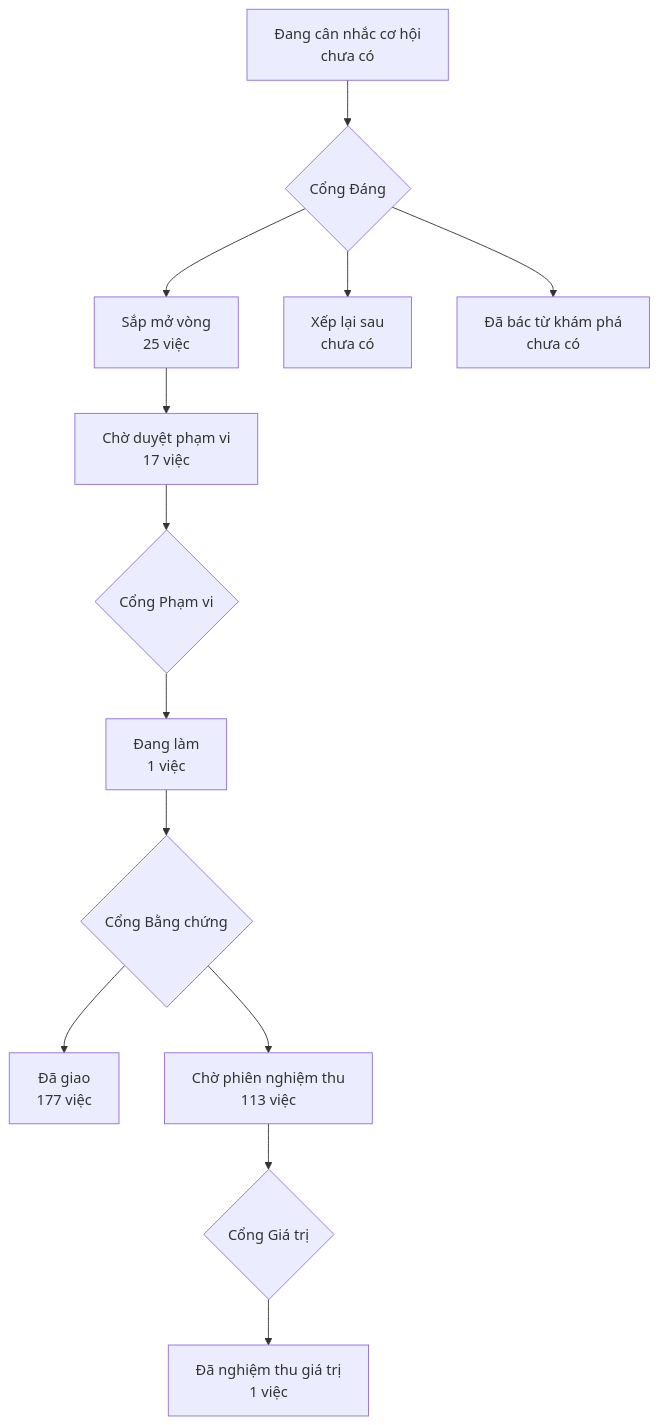
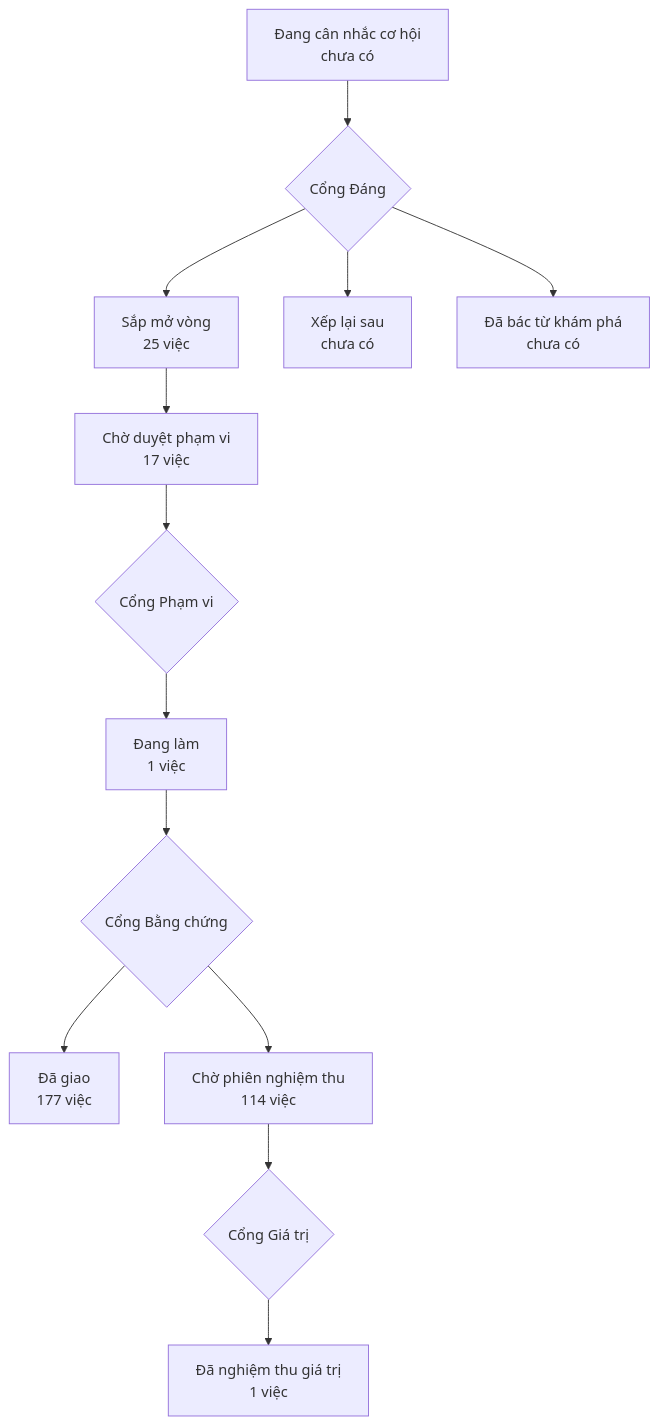
The diagram in PRODUCT-MAP.md (phanlemanh/onehub-invest), drawn with Mermaid before and after one commit. The commit also changed other lines of this file and 1 other file, not shown here.

Commit message:
chore(acceptance): sinh lại PRODUCT-MAP và LO-TRINH sau khi gộp main

````diff
--- a/PRODUCT-MAP.md
+++ b/PRODUCT-MAP.md
@@ -7,12 +7,12 @@
 ```mermaid
 flowchart TD
   A["Đang cân nhắc cơ hội<br/>chưa có"] --> GD{"Cổng Đáng"}
   GD --> B["Sắp mở vòng<br/>25 việc"]
   GD --> XL["Xếp lại sau<br/>chưa có"]
   GD --> DB["Đã bác từ khám phá<br/>chưa có"]
   B --> CD["Chờ duyệt phạm vi<br/>17 việc"] --> GP{"Cổng Phạm vi"}
   GP --> DL["Đang làm<br/>1 việc"] --> GB{"Cổng Bằng chứng"}
   GB --> DG["Đã giao<br/>177 việc"]
-  GB --> CN["Chờ phiên nghiệm thu<br/>113 việc"] --> GG{"Cổng Giá trị"}
+  GB --> CN["Chờ phiên nghiệm thu<br/>114 việc"] --> GG{"Cổng Giá trị"}
   GG --> NT["Đã nghiệm thu giá trị<br/>1 việc"]
 ```
````
